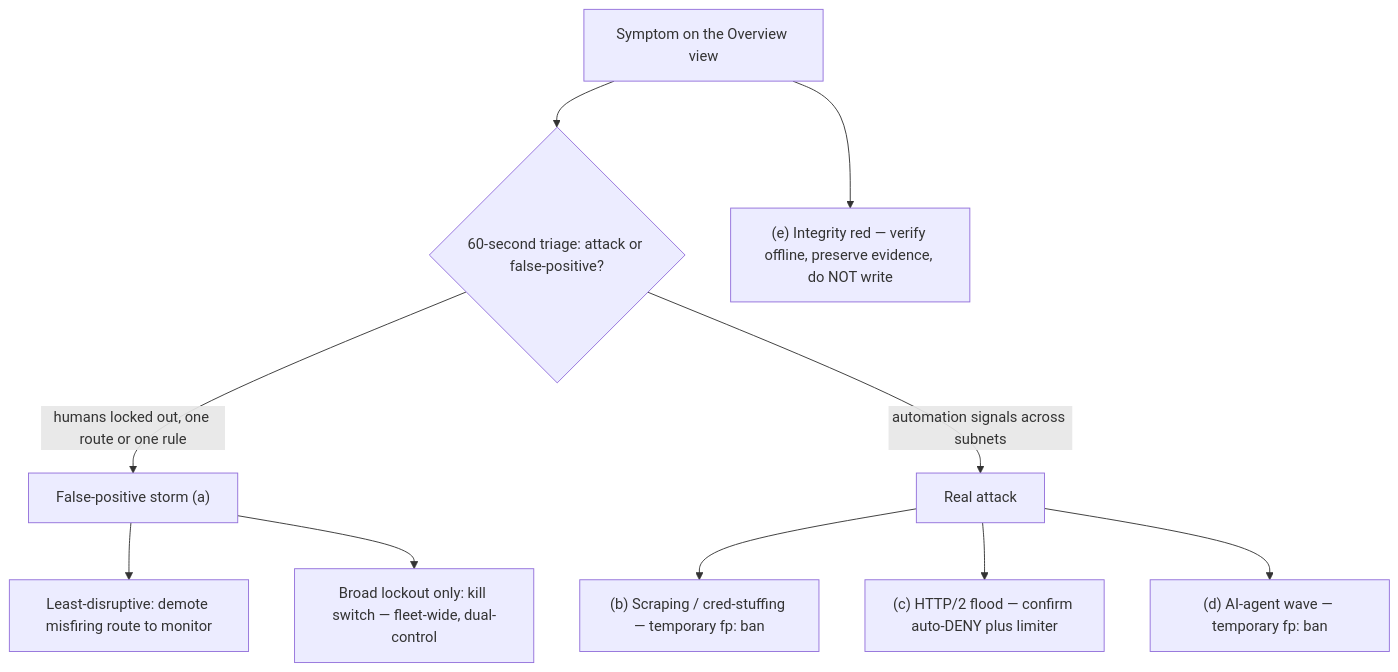
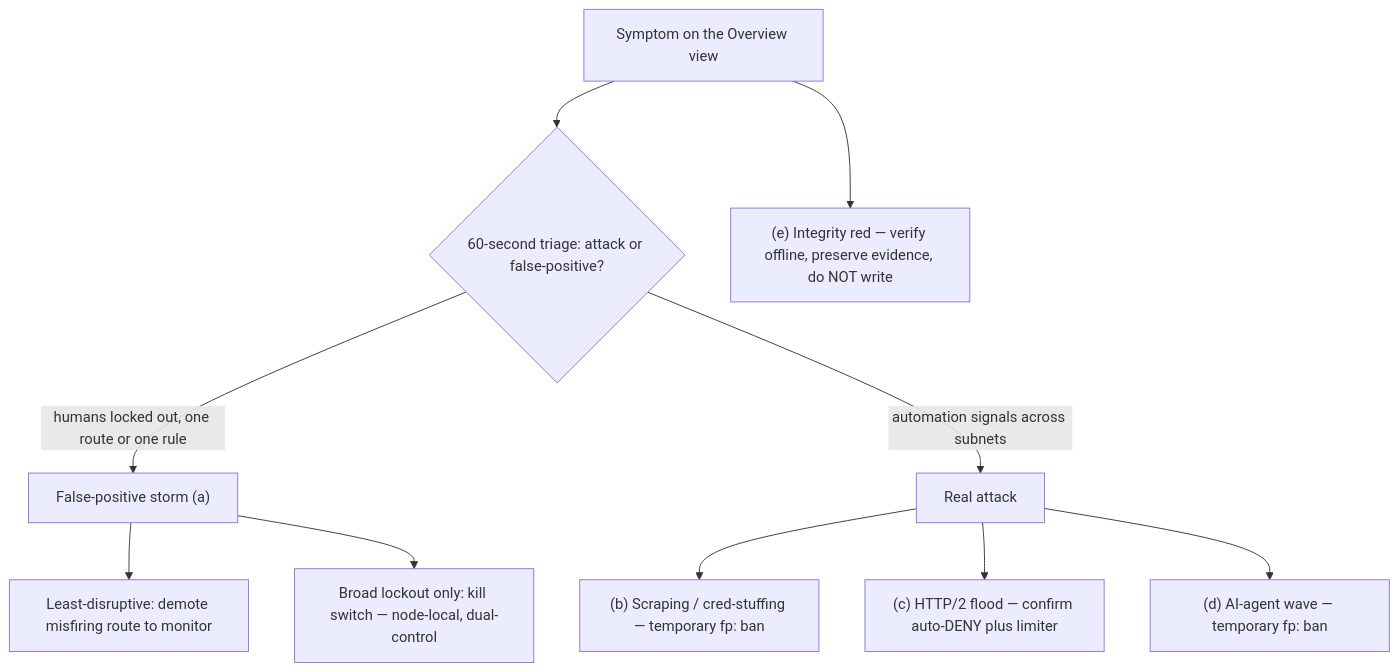
Before and after one commit to modootoday/humanymous: the first of 2 diagrams in docs/runbooks/incident-runbooks.md, drawn with Mermaid. The commit also changed other lines of this file and 62 other files, not shown here.

````diff
--- a/docs/runbooks/incident-runbooks.md
+++ b/docs/runbooks/incident-runbooks.md
@@ -15,12 +15,12 @@
 ```mermaid
 flowchart TD
   S["Symptom on the Overview view"] --> Q{"60-second triage: attack or false-positive?"}
   Q -->|"humans locked out, one route or one rule"| FP["False-positive storm (a)"]
   Q -->|"automation signals across subnets"| AT["Real attack"]
   FP --> D1["Least-disruptive: demote misfiring route to monitor"]
-  FP --> KS["Broad lockout only: kill switch — fleet-wide, dual-control"]
+  FP --> KS["Broad lockout only: kill switch — node-local, dual-control"]
   AT --> B["(b) Scraping / cred-stuffing — temporary fp: ban"]
   AT --> H["(c) HTTP/2 flood — confirm auto-DENY plus limiter"]
   AT --> AG["(d) AI-agent wave — temporary fp: ban"]
   S --> INT["(e) Integrity red — verify offline, preserve evidence, do NOT write"]
 ```
````
